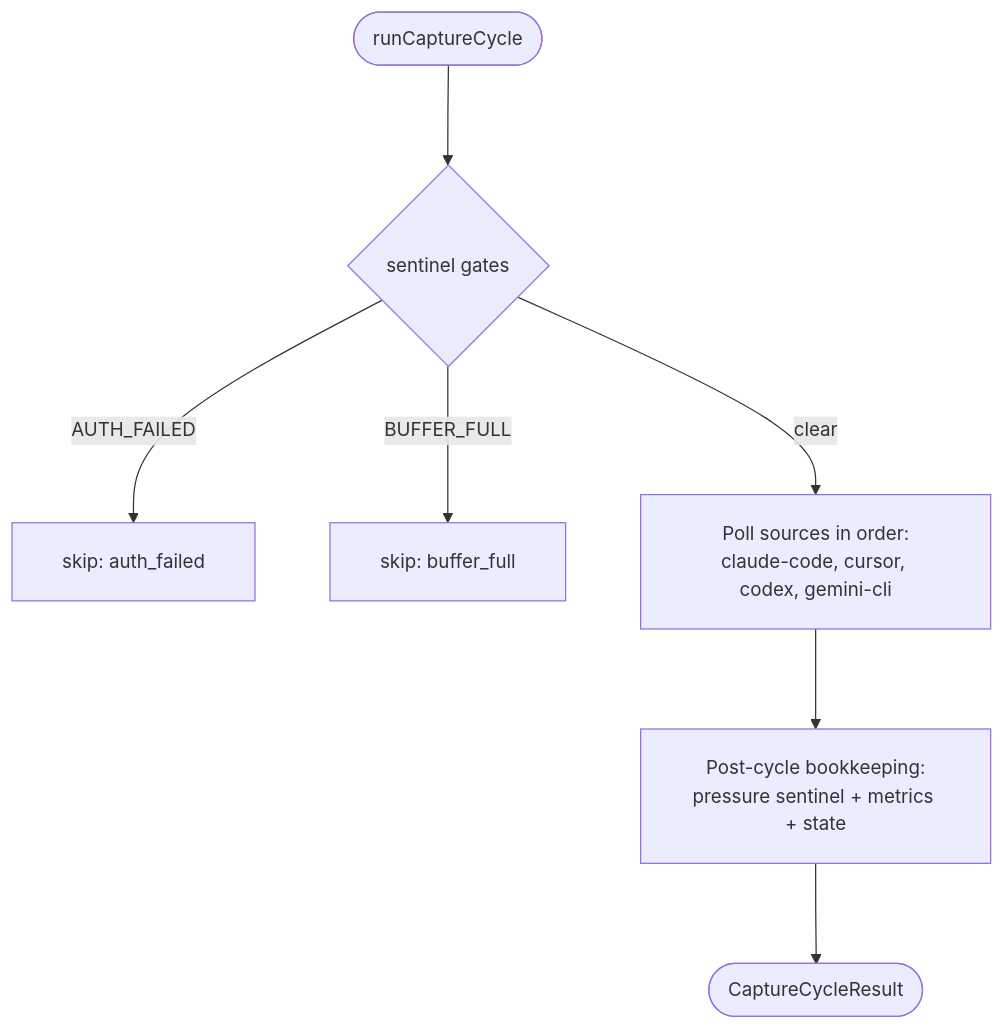
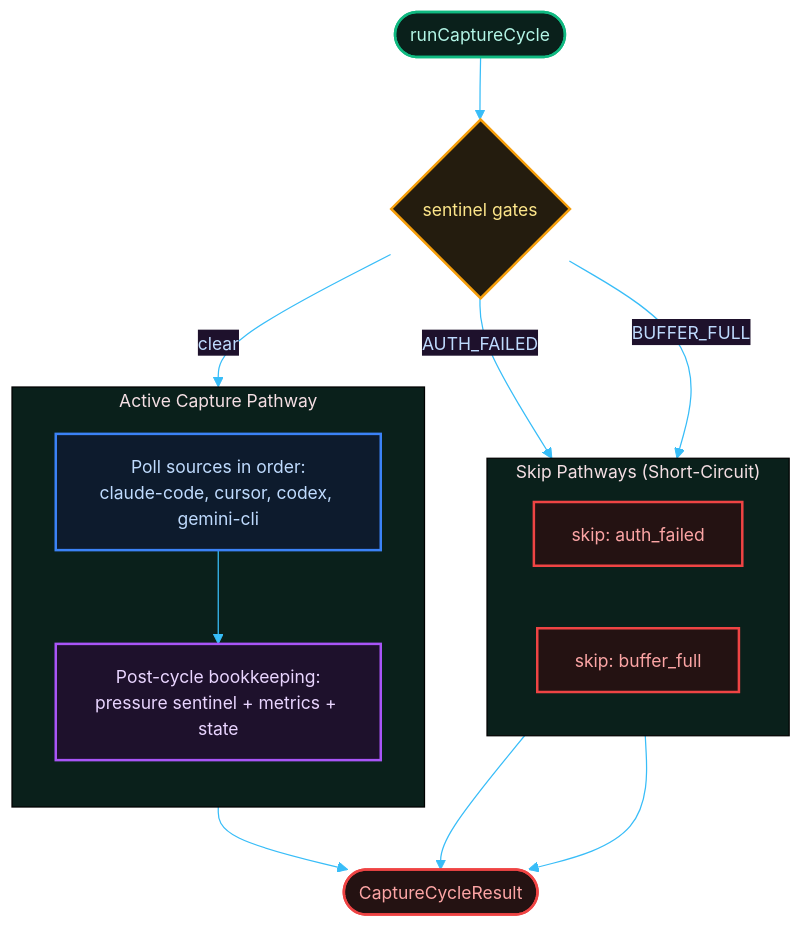
Before and after one commit to proxai/proxai_gateway: the first of 2 diagrams in docs/04-daemon-loops/4.1-capture-cycle.md, drawn with Mermaid. The commit also changed other lines of this file and 65 other files, not shown here.

````diff
--- a/docs/04-daemon-loops/4.1-capture-cycle.md
+++ b/docs/04-daemon-loops/4.1-capture-cycle.md
@@ -11,11 +13,41 @@
 ```mermaid
-%%{init: {'flowchart': {'useMaxWidth': false, 'htmlLabels': true, 'curve': 'basis', 'nodeSpacing': 60, 'rankSpacing': 80, 'padding': 20}, 'sequence': {'useMaxWidth': false, 'mirrorActors': false, 'actorMargin': 100, 'messageMargin': 50, 'boxMargin': 20, 'wrap': true}, 'stateDiagram': {'useMaxWidth': false, 'nodeSpacing': 60, 'rankSpacing': 80}, 'themeVariables': {'fontSize': '15px'}}}%%
+%%{init: { 'flowchart': { 'useMaxWidth': false, 'htmlLabels': true, 'curve': 'basis', 'nodeSpacing': 50, 'rankSpacing': 50, 'padding': 15 }, 'theme': 'base', 'themeVariables': { 'background': '#070f19', 'primaryColor': '#0d1b2d', 'primaryTextColor': '#bfdbfe', 'primaryBorderColor': '#3b82f6', 'lineColor': '#38bdf8', 'secondaryColor': '#1e112c', 'tertiaryColor': '#0a201b', 'fontSize': '14px' } }}%%
 flowchart TD
-  start([runCaptureCycle])
-  start --> gate{sentinel gates}
-  gate -->|AUTH_FAILED| skip1[skip: auth_failed]
-  gate -->|BUFFER_FULL| skip2[skip: buffer_full]
-  gate -->|clear| poll[Poll sources in order:<br/>claude-code, cursor, codex, gemini-cli]
-  poll --> post[Post-cycle bookkeeping:<br/>pressure sentinel + metrics + state]
-  post --> done([CaptureCycleResult])
+    start([runCaptureCycle]) --> gate{sentinel gates}
+
+    subgraph SkipPaths ["Skip Pathways (Short-Circuit)"]
+        direction LR
+        skip1["skip: auth_failed"]
+        skip2["skip: buffer_full"]
+    end
+
+    subgraph ActivePath ["Active Capture Pathway"]
+        direction TD
+        poll["Poll sources in order:<br/>claude-code, cursor, codex, gemini-cli"]
+        post["Post-cycle bookkeeping:<br/>pressure sentinel + metrics + state"]
+        poll --> post
+    end
+
+    gate -->|AUTH_FAILED| skip1
+    gate -->|BUFFER_FULL| skip2
+    gate -->|clear| poll
+    
+    post --> done([CaptureCycleResult])
+    skip1 --> done
+    skip2 --> done
+
+    classDef startNode fill:#0a201b,stroke:#10b981,stroke-width:2px,color:#b3f5e6;
+    classDef stopNode fill:#241212,stroke:#ef4444,stroke-width:2px,color:#fca5a5;
+    classDef decNode fill:#241c0e,stroke:#f59e0b,stroke-width:2px,color:#fde68a;
+    classDef processNode fill:#0d1b2d,stroke:#3b82f6,stroke-width:2px,color:#bfdbfe;
+    classDef actionNode fill:#1e112c,stroke:#a855f7,stroke-width:2px,color:#e9d5ff;
+    classDef default fill:#0a201b,stroke:#14b8a6,stroke-width:2px,color:#ccfbf1;
+
+    class start startNode;
+    class done stopNode;
+    class skip1 stopNode;
+    class skip2 stopNode;
+    class gate decNode;
+    class poll processNode;
+    class post actionNode;
 ```
````
